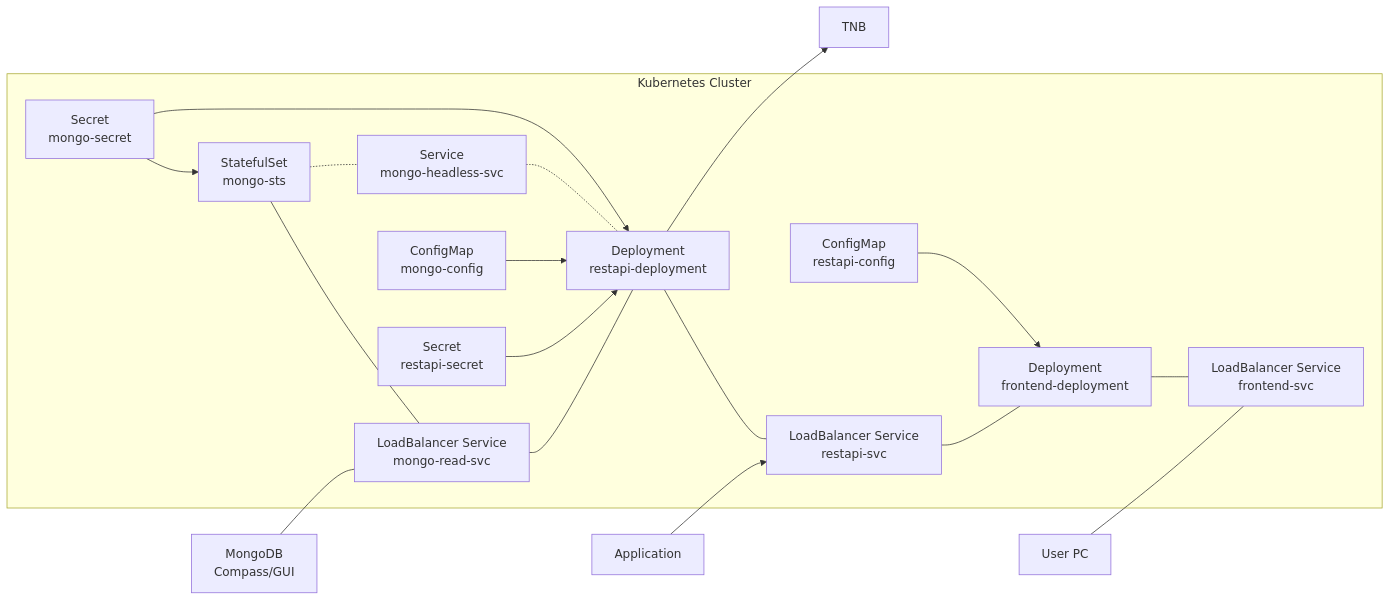
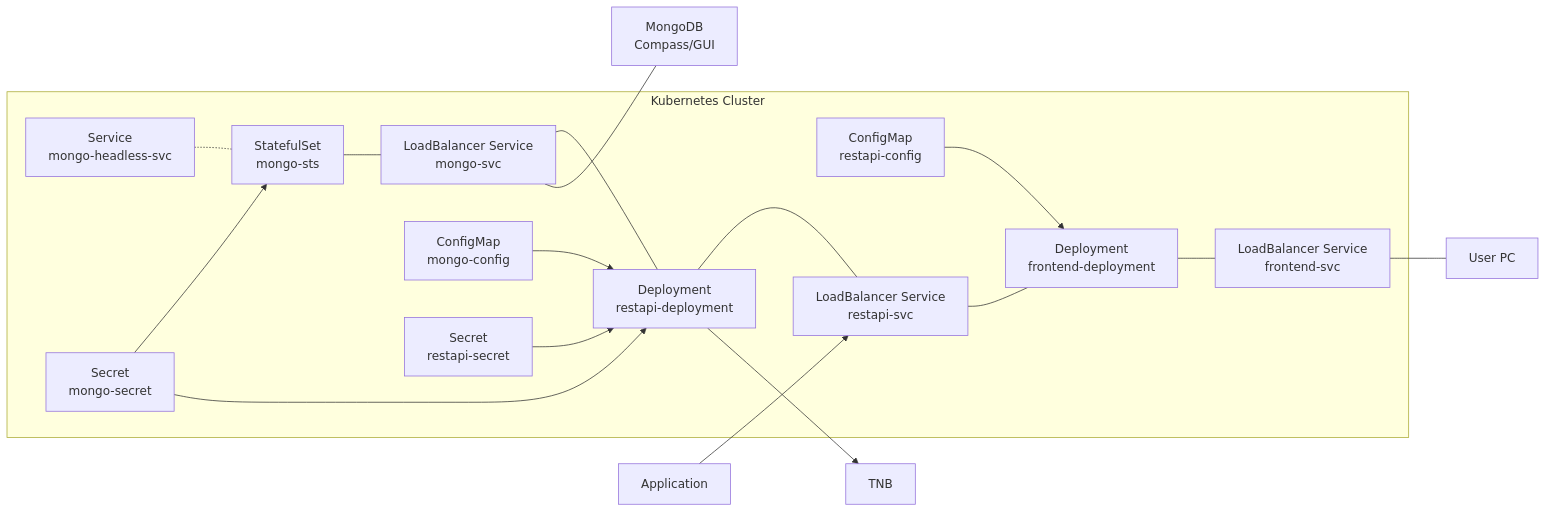
The third of 4 diagrams in docs/Group_2_SS23_ProjectReport.md (ccfrauasgr2/pet-detection), drawn with Mermaid before and after one commit. The commit also changed other lines of this file and 2 other files, not shown here.

````diff
--- a/docs/Group_2_SS23_ProjectReport.md
+++ b/docs/Group_2_SS23_ProjectReport.md
@@ -200,38 +200,37 @@
 ```mermaid
 flowchart LR
     subgraph Kubernetes Cluster
   
     mongo-sts[StatefulSet\nmongo-sts]
-    mongo-read-svc[LoadBalancer Service\nmongo-read-svc]
+    mongo-svc[LoadBalancer Service\nmongo-svc]
     mongo-headless-svc[Service\nmongo-headless-svc]
     mongo-secret[Secret\nmongo-secret]
     mongo-config[ConfigMap\nmongo-config]
     frontend-svc[LoadBalancer Service\nfrontend-svc]
     frontend-deployment[Deployment\nfrontend-deployment]
     restapi-config[ConfigMap\nrestapi-config]
     restapi-svc[LoadBalancer Service\nrestapi-svc]
     restapi-deployment[Deployment\nrestapi-deployment]
     restapi-secret[Secret\nrestapi-secret]
     
 
-    mongo-sts --- mongo-read-svc --- restapi-deployment --- restapi-svc   --- frontend-deployment --- frontend-svc
-    mongo-sts -.- mongo-headless-svc -.- restapi-deployment
+    mongo-sts --- mongo-svc --- restapi-deployment --- restapi-svc --- frontend-deployment --- frontend-svc
+    mongo-headless-svc -.- mongo-sts
     mongo-secret --> mongo-sts & restapi-deployment
     mongo-config --> restapi-deployment 
     restapi-config --> frontend-deployment
     restapi-secret --> restapi-deployment
 
     end
 
     compass[MongoDB\nCompass/GUI]
     user[User PC]
     app[Application]
     tnb[TNB]
 
     restapi-deployment --> tnb
-    compass --- mongo-read-svc
+    mongo-svc --- compass
     app --> restapi-svc
-    user --- frontend-svc
+    frontend-svc --- user
     
-
 ```
````
